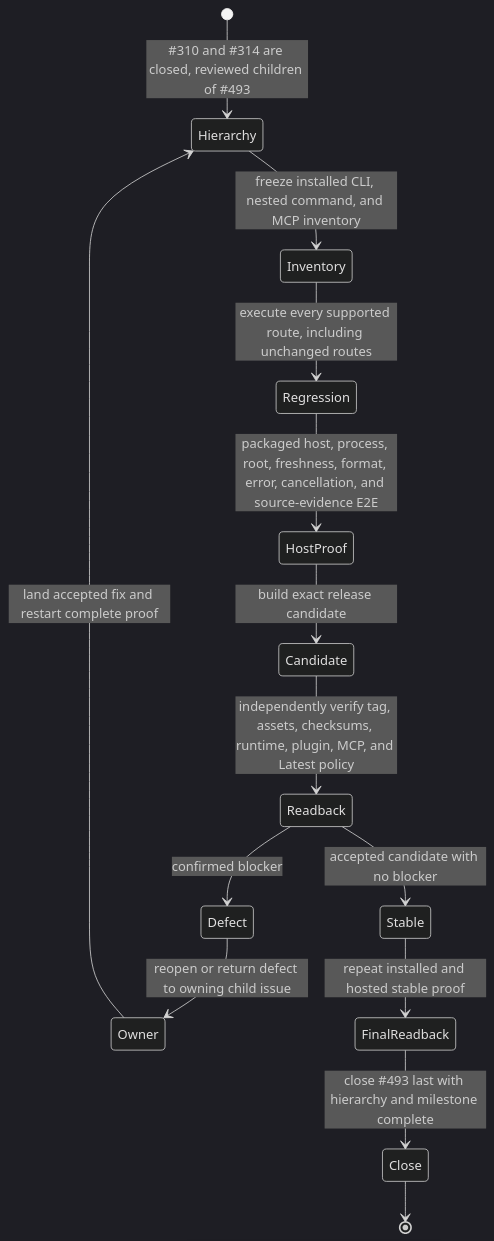
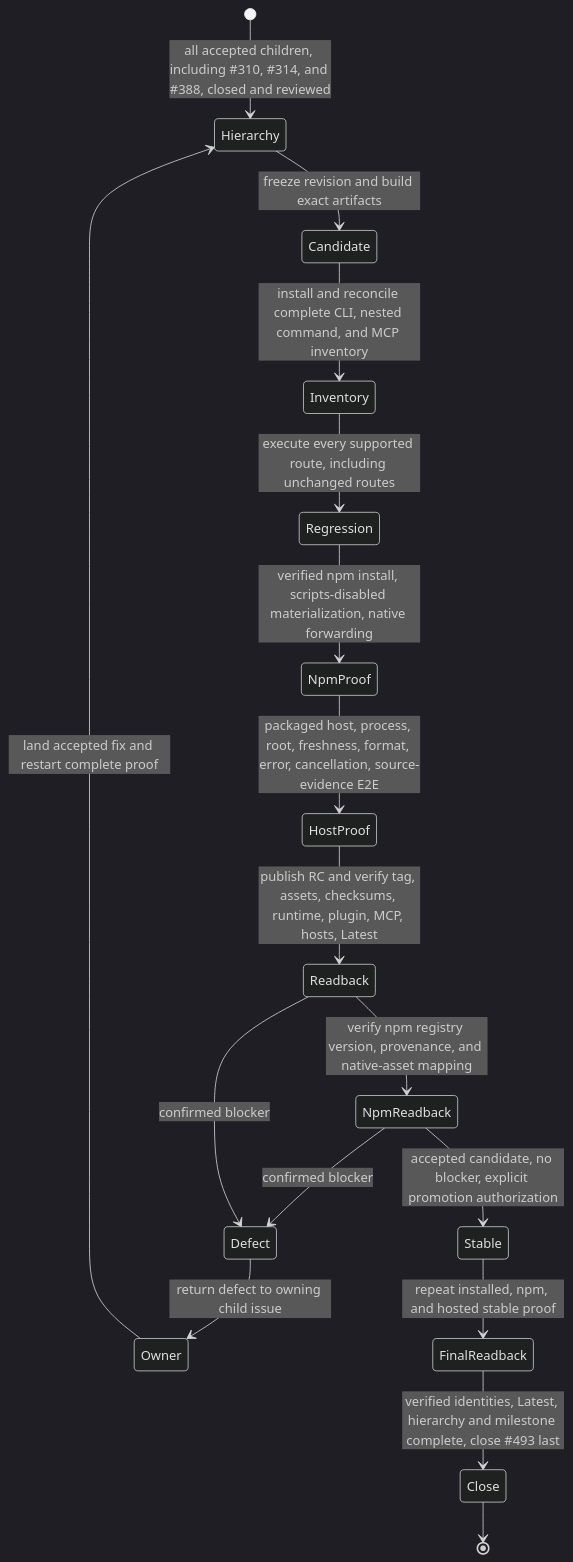
The seventh of 7 diagrams in docs/v060-agent-surface-architecture.md (styler-ai/ProjectAtlas), drawn with Mermaid (dark theme) before and after one commit. The commit also changed other lines of this file, not shown here.

Commit message:
docs(release): include npm in canonical acceptance flow (#493)

````diff
--- a/docs/v060-agent-surface-architecture.md
+++ b/docs/v060-agent-surface-architecture.md
@@ -141,16 +141,19 @@
 ```mermaid
 stateDiagram-v2
-    [*] --> Hierarchy: #310 and #314 are closed, reviewed children of #493
-    Hierarchy --> Inventory: freeze installed CLI, nested command, and MCP inventory
+    [*] --> Hierarchy: all accepted children, including #310, #314, and #388, closed and reviewed
+    Hierarchy --> Candidate: freeze revision and build exact artifacts
+    Candidate --> Inventory: install and reconcile complete CLI, nested command, and MCP inventory
     Inventory --> Regression: execute every supported route, including unchanged routes
-    Regression --> HostProof: packaged host, process, root, freshness, format, error, cancellation, and source-evidence E2E
-    HostProof --> Candidate: build exact release candidate
-    Candidate --> Readback: independently verify tag, assets, checksums, runtime, plugin, MCP, and Latest policy
+    Regression --> NpmProof: verified npm install, scripts-disabled materialization, native forwarding
+    NpmProof --> HostProof: packaged host, process, root, freshness, format, error, cancellation, source-evidence E2E
+    HostProof --> Readback: publish RC and verify tag, assets, checksums, runtime, plugin, MCP, hosts, Latest
+    Readback --> NpmReadback: verify npm registry version, provenance, and native-asset mapping
+    NpmReadback --> Defect: confirmed blocker
     Readback --> Defect: confirmed blocker
-    Defect --> Owner: reopen or return defect to owning child issue
+    Defect --> Owner: return defect to owning child issue
     Owner --> Hierarchy: land accepted fix and restart complete proof
-    Readback --> Stable: accepted candidate with no blocker
-    Stable --> FinalReadback: repeat installed and hosted stable proof
-    FinalReadback --> Close: close #493 last with hierarchy and milestone complete
+    NpmReadback --> Stable: accepted candidate, no blocker, explicit promotion authorization
+    Stable --> FinalReadback: repeat installed, npm, and hosted stable proof
+    FinalReadback --> Close: verified identities, Latest, hierarchy and milestone complete, close #493 last
     Close --> [*]
 ```
````
